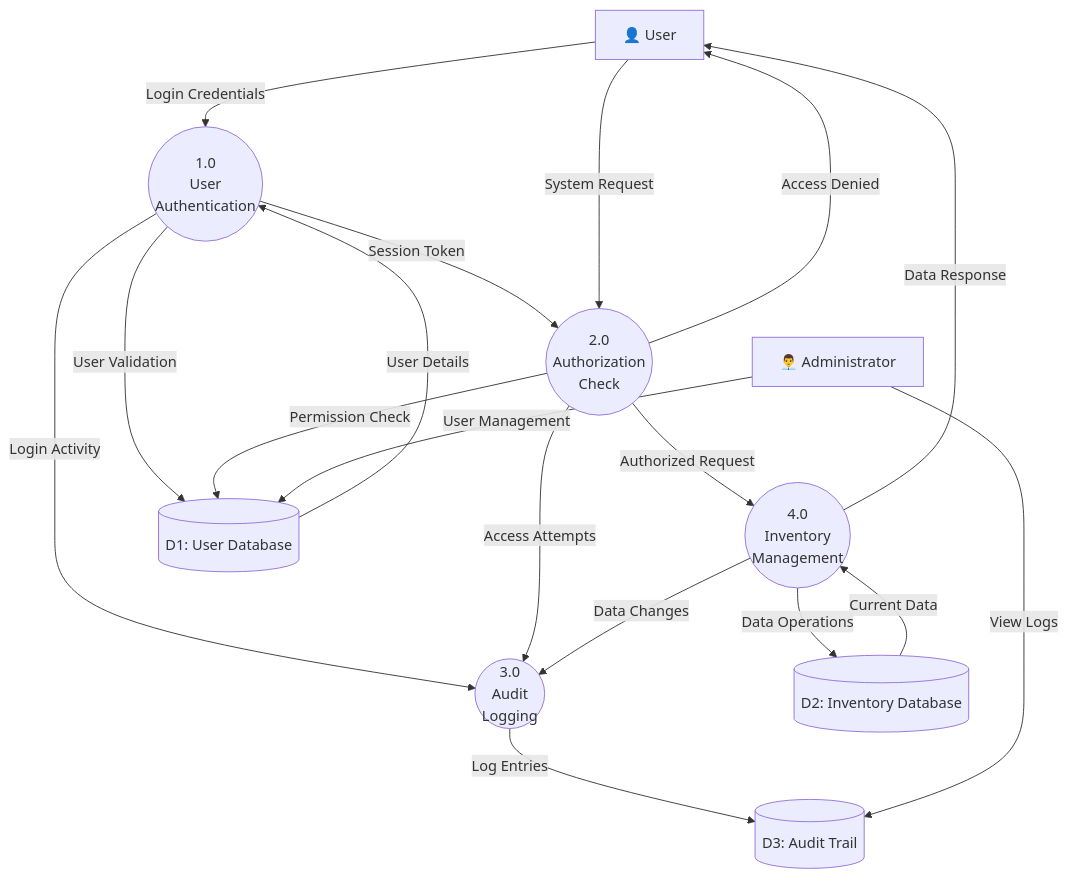
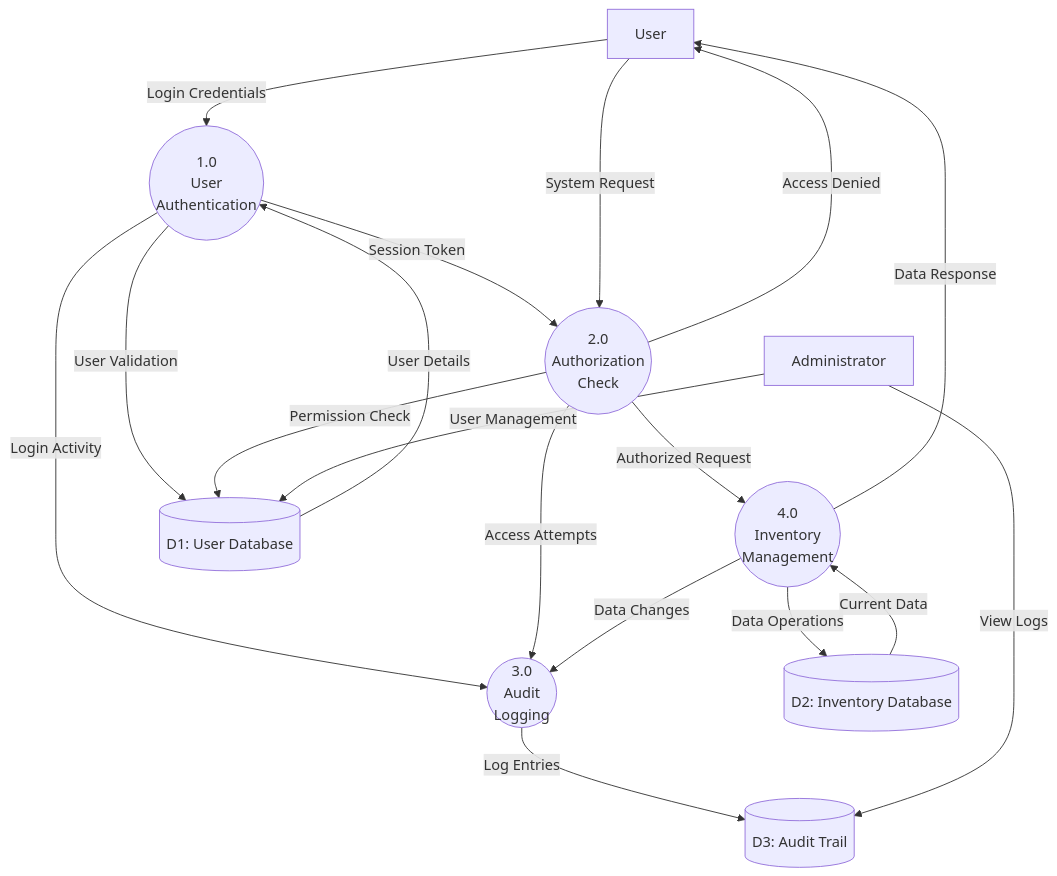
The eighth of 10 diagrams in public/blog/posts/DataFlowDiagram/index.md (REZ3X/rejaka_web), drawn with Mermaid before and after one commit. The commit also changed other lines of this file and 12 other files, not shown here.

````diff
--- a/public/blog/posts/DataFlowDiagram/index.md
+++ b/public/blog/posts/DataFlowDiagram/index.md
@@ -300,46 +319,46 @@
 ```mermaid
 flowchart TD
     %% External Entities
-    User[👤 User]
-    Admin[👨‍💼 Administrator]
-    
+    User[User]
+    Admin[Administrator]
+
     %% Security Processes
     Auth((1.0<br/>User<br/>Authentication))
     Authz((2.0<br/>Authorization<br/>Check))
     Audit((3.0<br/>Audit<br/>Logging))
-    
+
     %% Main Processes
     Inventory((4.0<br/>Inventory<br/>Management))
-    
+
     %% Data Stores
     UserDB[(D1: User Database)]
     InventoryDB[(D2: Inventory Database)]
     AuditLog[(D3: Audit Trail)]
-    
+
     %% Authentication Flow
     User -->|Login Credentials| Auth
     Auth -->|User Validation| UserDB
     UserDB -->|User Details| Auth
     Auth -->|Session Token| Authz
-    
+
     %% Authorization Flow
     User -->|System Request| Authz
     Authz -->|Permission Check| UserDB
     Authz -->|Authorized Request| Inventory
     Authz -->|Access Denied| User
-    
+
     %% Main Process Flow
     Inventory -->|Data Response| User
     Inventory -->|Data Operations| InventoryDB
     InventoryDB -->|Current Data| Inventory
-    
+
     %% Audit Trail
     Auth -->|Login Activity| Audit
     Authz -->|Access Attempts| Audit
     Inventory -->|Data Changes| Audit
     Audit -->|Log Entries| AuditLog
-    
+
     %% Admin Access
     Admin -->|View Logs| AuditLog
     Admin -->|User Management| UserDB
 ```
````
